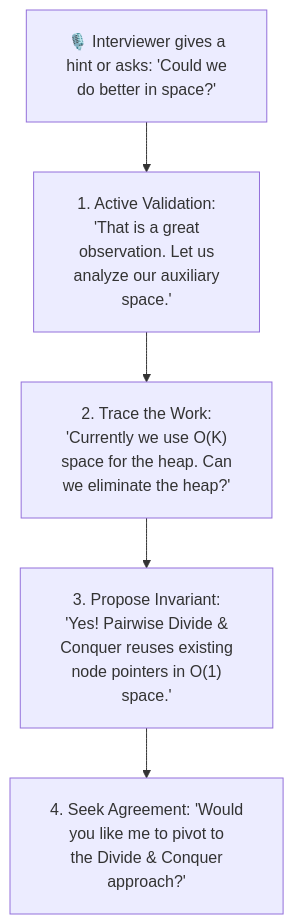
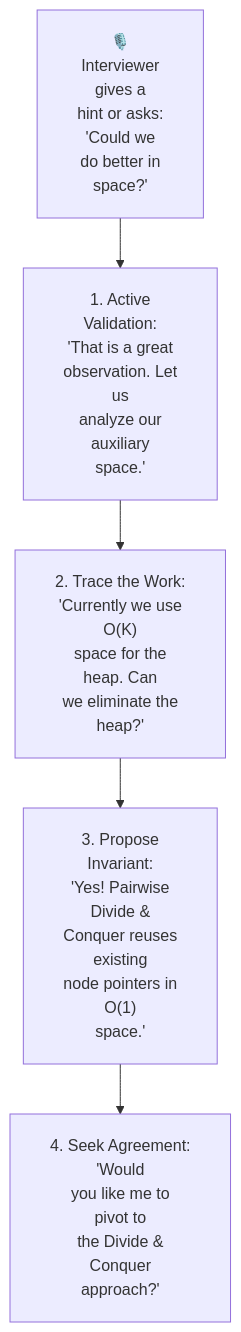
The diagram in week_19_mock_interviews_mastery/Week_19_Day_06_Interview_Tips_And_Final_Drills_Instructional.md (dip4k/DSA_102), drawn with Mermaid before and after one commit. The commit also changed 106 other files, not shown here.

First line of the commit message:
fix(mermaid): prevent text clipping with foreignObject overflow and tighter line wrapping

````diff
--- a/week_19_mock_interviews_mastery/Week_19_Day_06_Interview_Tips_And_Final_Drills_Instructional.md
+++ b/week_19_mock_interviews_mastery/Week_19_Day_06_Interview_Tips_And_Final_Drills_Instructional.md
@@ -51,11 +51,11 @@
 ```mermaid
-%%{init: {"flowchart": {"htmlLabels": true, "padding": 20}}}%%
+%%{init: {"flowchart": {"htmlLabels": true, "padding": 20}, "themeCSS": "foreignObject { overflow: visible !important; }"}}%%
 flowchart TD
-    InterviewerCue["🎙️ Interviewer gives a<br/>hint or asks: 'Could we<br/>do better in space?'"]
-    Acknowledge["1. Active Validation:<br/>'That is a great<br/>observation. Let us<br/>analyze our auxiliary<br/>space.'"]
-    Deconstruct["2. Trace the Work:<br/>'Currently we use O(K)<br/>space for the heap. Can<br/>we eliminate the heap?'"]
-    Synthesize["3. Propose Invariant:<br/>'Yes! Pairwise Divide &<br/>Conquer reuses existing<br/>node pointers in O(1)<br/>space.'"]
-    Confirm["4. Seek Agreement: 'Would<br/>you like me to pivot to<br/>the Divide & Conquer<br/>approach?'"]
+    InterviewerCue["🎙️<br/>Interviewer<br/>gives a<br/>hint or asks:<br/>'Could we<br/>do better in<br/>space?'"]
+    Acknowledge["1. Active<br/>Validation:<br/>'That is a great<br/>observation. Let<br/>us<br/>analyze our<br/>auxiliary<br/>space.'"]
+    Deconstruct["2. Trace the Work:<br/>'Currently we use<br/>O(K)<br/>space for the<br/>heap. Can<br/>we eliminate the<br/>heap?'"]
+    Synthesize["3. Propose<br/>Invariant:<br/>'Yes! Pairwise<br/>Divide &<br/>Conquer reuses<br/>existing<br/>node pointers in<br/>O(1)<br/>space.'"]
+    Confirm["4. Seek Agreement:<br/>'Would<br/>you like me to<br/>pivot to<br/>the Divide &<br/>Conquer<br/>approach?'"]
 
     InterviewerCue --> Acknowledge --> Deconstruct --> Synthesize --> Confirm
 ```
````
